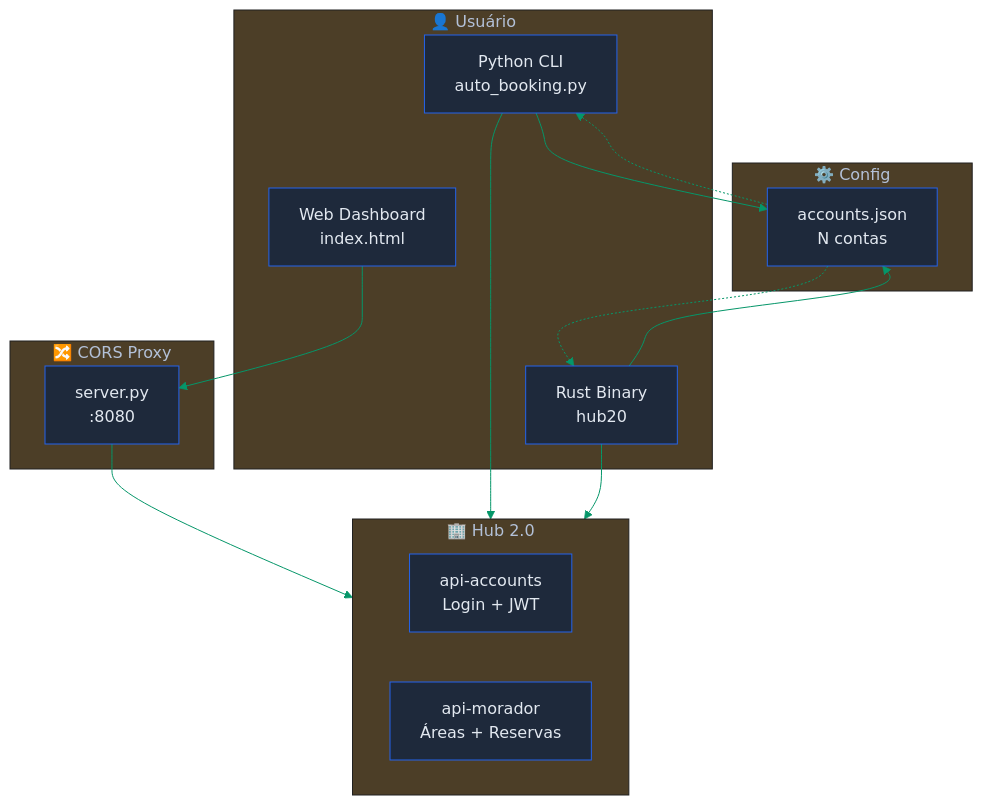
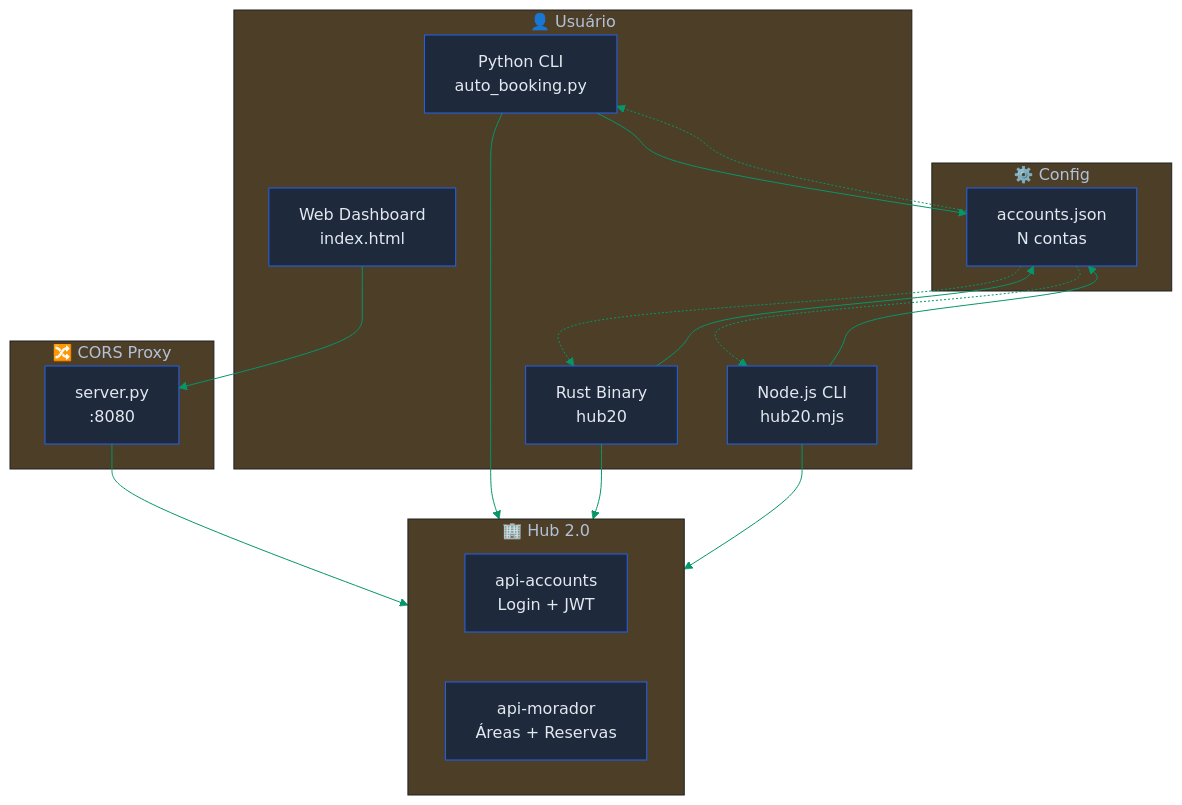
One commit to Heartbreaking-array216/hub20-hack changed the second of 2 diagrams in README.md. Above: the diagram before and after it, drawn with Mermaid. The commit also changed other lines of this file, not shown here.

First line of the commit message:
Update README — add Node.js, trocar feature, rename to hub20-hack

````diff
--- a/README.md
+++ b/README.md
@@ -242,31 +269,35 @@
 ```mermaid
 %%{init: {'theme': 'base', 'themeVariables': { 'primaryColor': '#1e293b', 'primaryTextColor': '#e2e8f0', 'primaryBorderColor': '#2563eb', 'lineColor': '#059669'}}}%%
 graph TB
     subgraph User["👤 Usuário"]
         CLI["Python CLI<br/>auto_booking.py"]
         BIN["Rust Binary<br/>hub20"]
+        NODE["Node.js CLI<br/>hub20.mjs"]
         WEB["Web Dashboard<br/>index.html"]
     end
 
     subgraph Proxy["🔀 CORS Proxy"]
         SRV["server.py<br/>:8080"]
     end
 
     subgraph Config["⚙️ Config"]
         ACC["accounts.json<br/>N contas"]
     end
 
     subgraph HubAPI["🏢 Hub 2.0"]
         AUTH["api-accounts<br/>Login + JWT"]
         MORADOR["api-morador<br/>Áreas + Reservas"]
     end
 
     CLI --> ACC
     BIN --> ACC
+    NODE --> ACC
     WEB --> SRV
     SRV --> HubAPI
     CLI --> HubAPI
     BIN --> HubAPI
+    NODE --> HubAPI
     ACC -.-> CLI
     ACC -.-> BIN
+    ACC -.-> NODE
 ```
````
